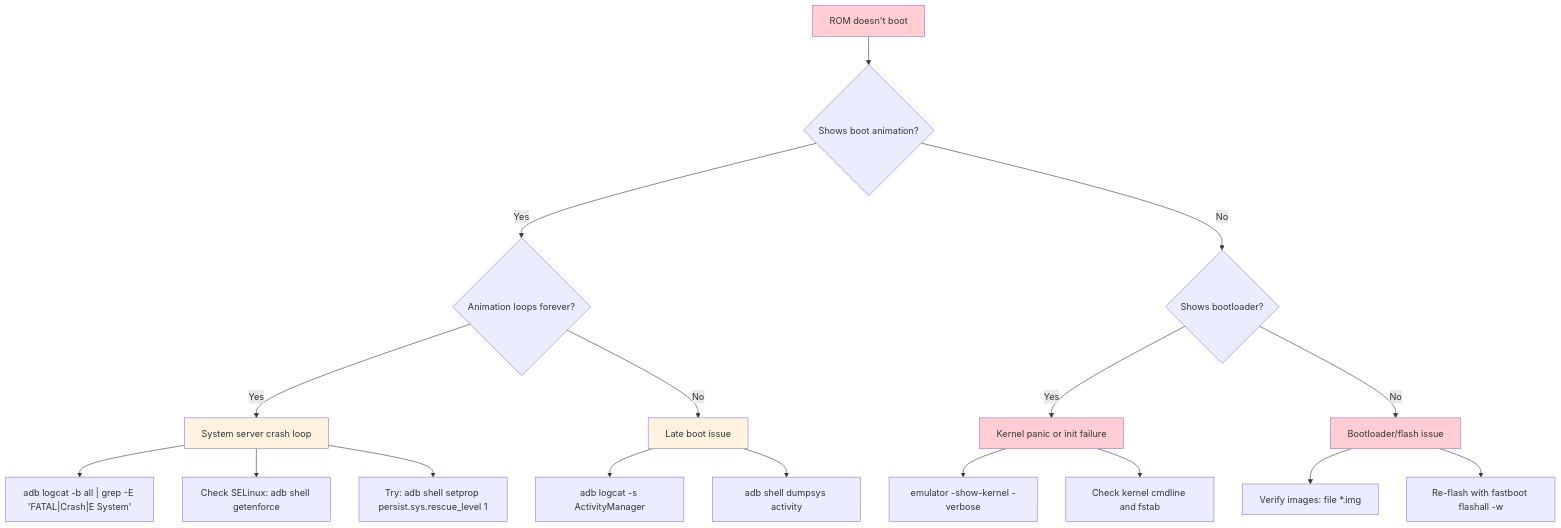
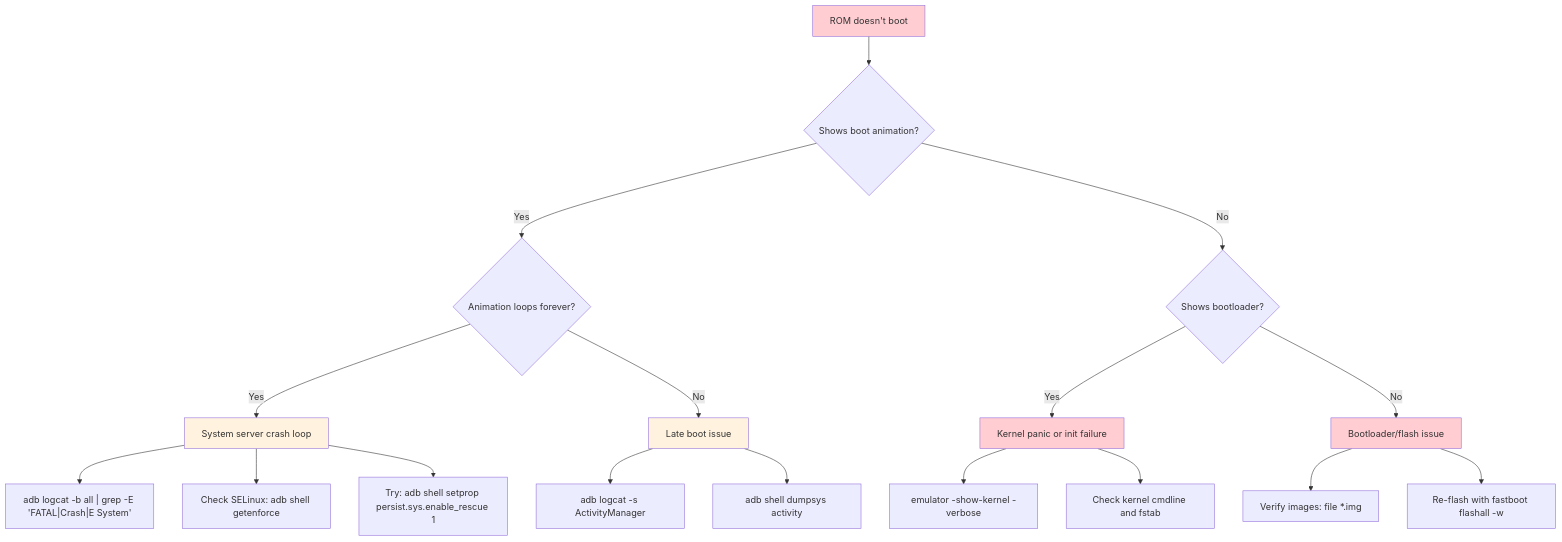
Diagram 12 of 23 in agents/claude/skills/aosp-practical/65-custom-rom.md (aospbooks/aosp-internal-book), drawn with Mermaid before and after one commit. The commit also changed other lines of this file and 218 other files, not shown here.

````diff
--- a/agents/claude/skills/aosp-practical/65-custom-rom.md
+++ b/agents/claude/skills/aosp-practical/65-custom-rom.md
@@ -3044,31 +3095,31 @@
 ```mermaid
 flowchart TD
     A["ROM doesn't boot"] --> B{Shows boot animation?}
     B -->|Yes| C{Animation loops forever?}
     B -->|No| D{Shows bootloader?}
 
     C -->|Yes| E["System server crash loop"]
     C -->|No| F["Late boot issue"]
 
     D -->|Yes| G["Kernel panic or init failure"]
     D -->|No| H["Bootloader/flash issue"]
 
     E --> E1["adb logcat -b all | grep -E 'FATAL|Crash|E System'"]
     E --> E2["Check SELinux: adb shell getenforce"]
-    E --> E3["Try: adb shell setprop persist.sys.rescue_level 1"]
+    E --> E3["Try: adb shell setprop persist.sys.enable_rescue 1"]
 
     F --> F1["adb logcat -s ActivityManager"]
     F --> F2["adb shell dumpsys activity"]
 
     G --> G1["emulator -show-kernel -verbose"]
     G --> G2["Check kernel cmdline and fstab"]
 
     H --> H1["Verify images: file *.img"]
     H --> H2["Re-flash with fastboot flashall -w"]
 
     style A fill:#ffcdd2
     style E fill:#fff3e0
     style F fill:#fff3e0
     style G fill:#ffcdd2
     style H fill:#ffcdd2
 ```
````
